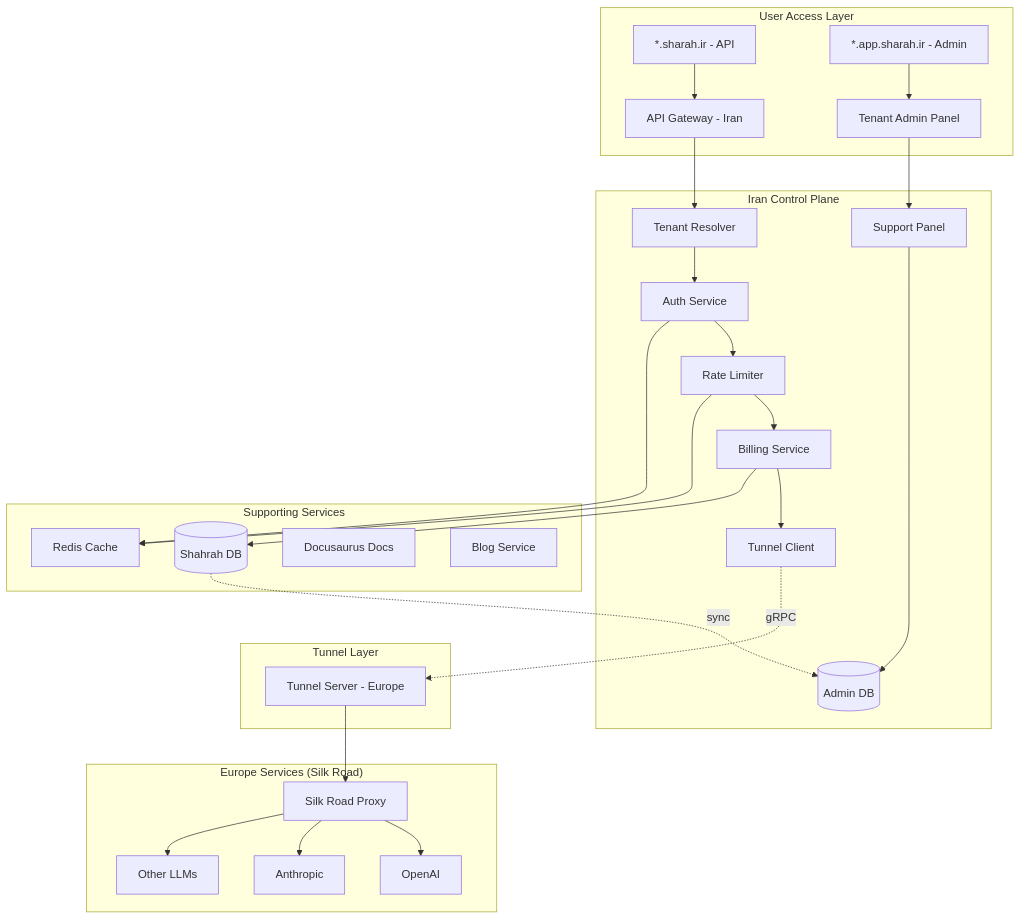
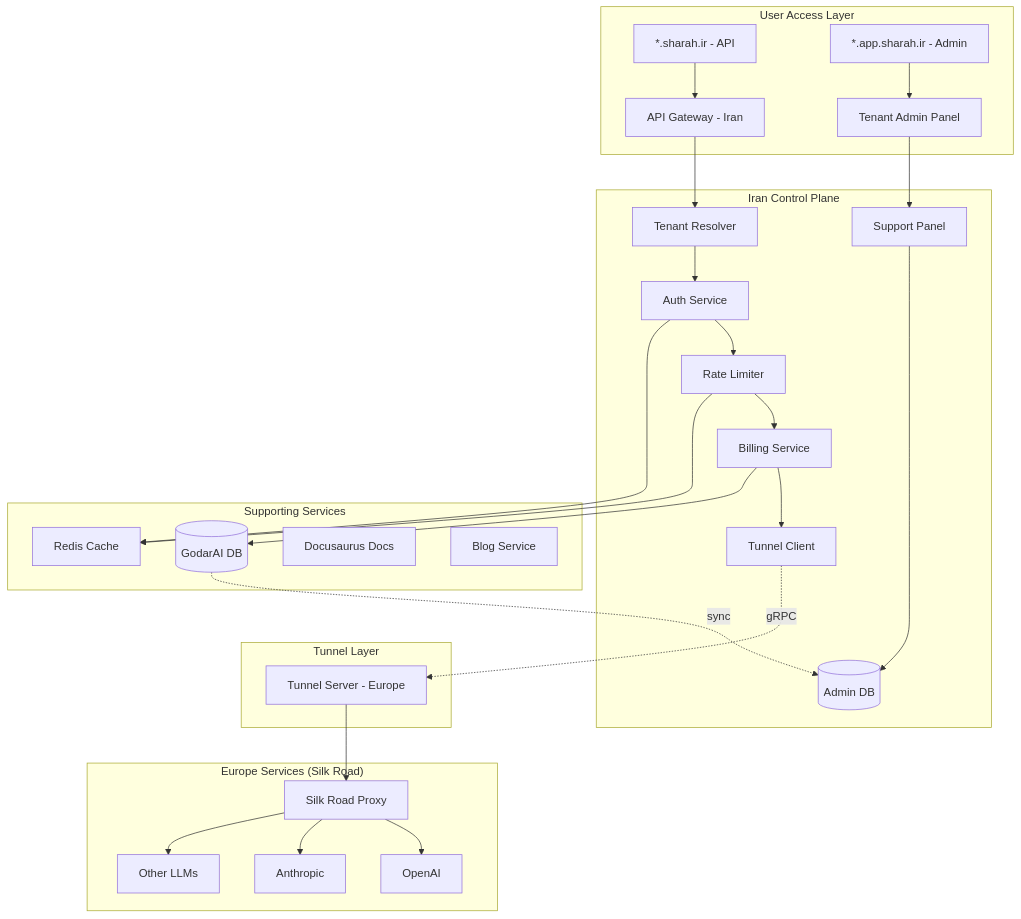
One commit to godarai-ir/Shahrah changed the diagram in plans/README.md. Above: the diagram before and after it, drawn with Mermaid. The commit also changed other lines of this file and 38 other files, not shown here.

Commit message:
chore(plans): renaming Shahrah to GodarAI

````diff
--- a/plans/README.md
+++ b/plans/README.md
@@ -26,40 +26,40 @@
 ```mermaid
 graph TB
     subgraph "User Access Layer"
         A["*.sharah.ir - API"] --> B[API Gateway - Iran]
         C["*.app.sharah.ir - Admin"] --> D[Tenant Admin Panel]
     end
     
     subgraph "Iran Control Plane"
         B --> E[Tenant Resolver]
         E --> F[Auth Service]
         F --> G[Rate Limiter]
         G --> H[Billing Service]
         H --> I[Tunnel Client]
         
         D --> J[Support Panel]
         J --> K[(Admin DB)]
     end
     
     subgraph "Tunnel Layer"
         I -. gRPC .-> L[Tunnel Server - Europe]
     end
     
     subgraph "Europe Services (Silk Road)"
         L --> M[Silk Road Proxy]
         M --> N[OpenAI]
         M --> O[Anthropic]
         M --> P[Other LLMs]
     end
     
     subgraph "Supporting Services"
-        Q[(Shahrah DB)] -. sync .-> K
+        Q[(GodarAI DB)] -. sync .-> K
         R[Redis Cache]
         S[Docusaurus Docs]
         T[Blog Service]
     end
     
     H --> Q
     F --> R
     G --> R
 ```
````
